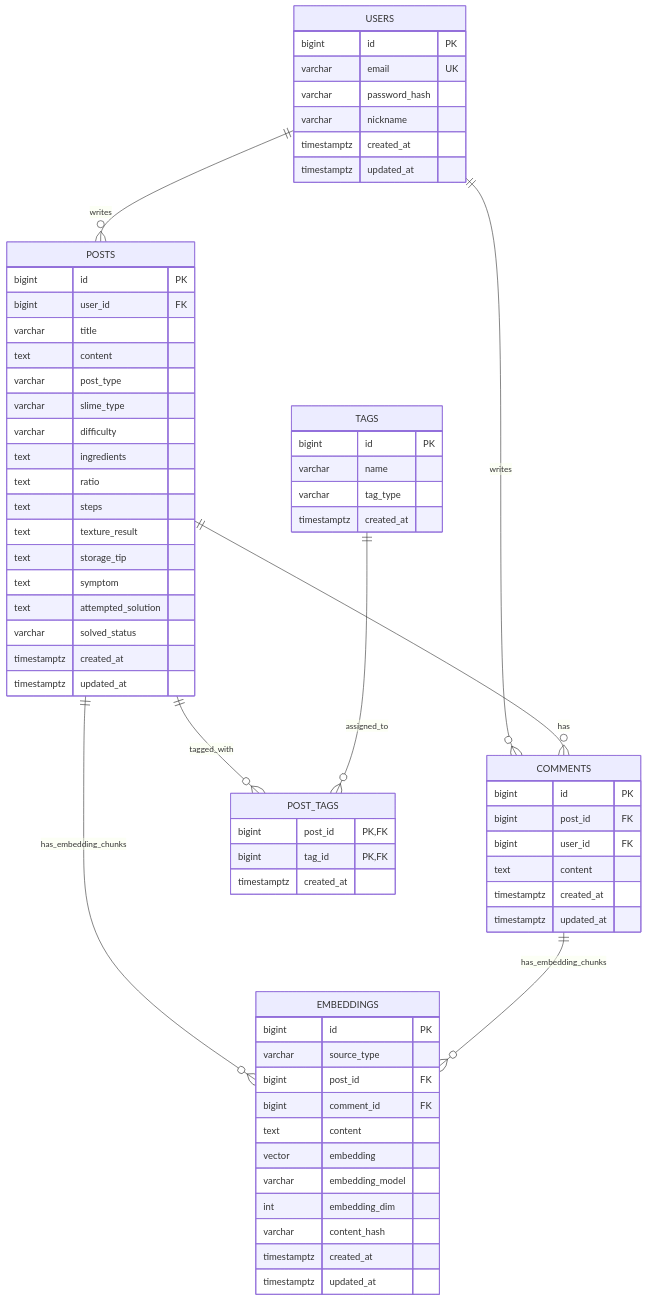
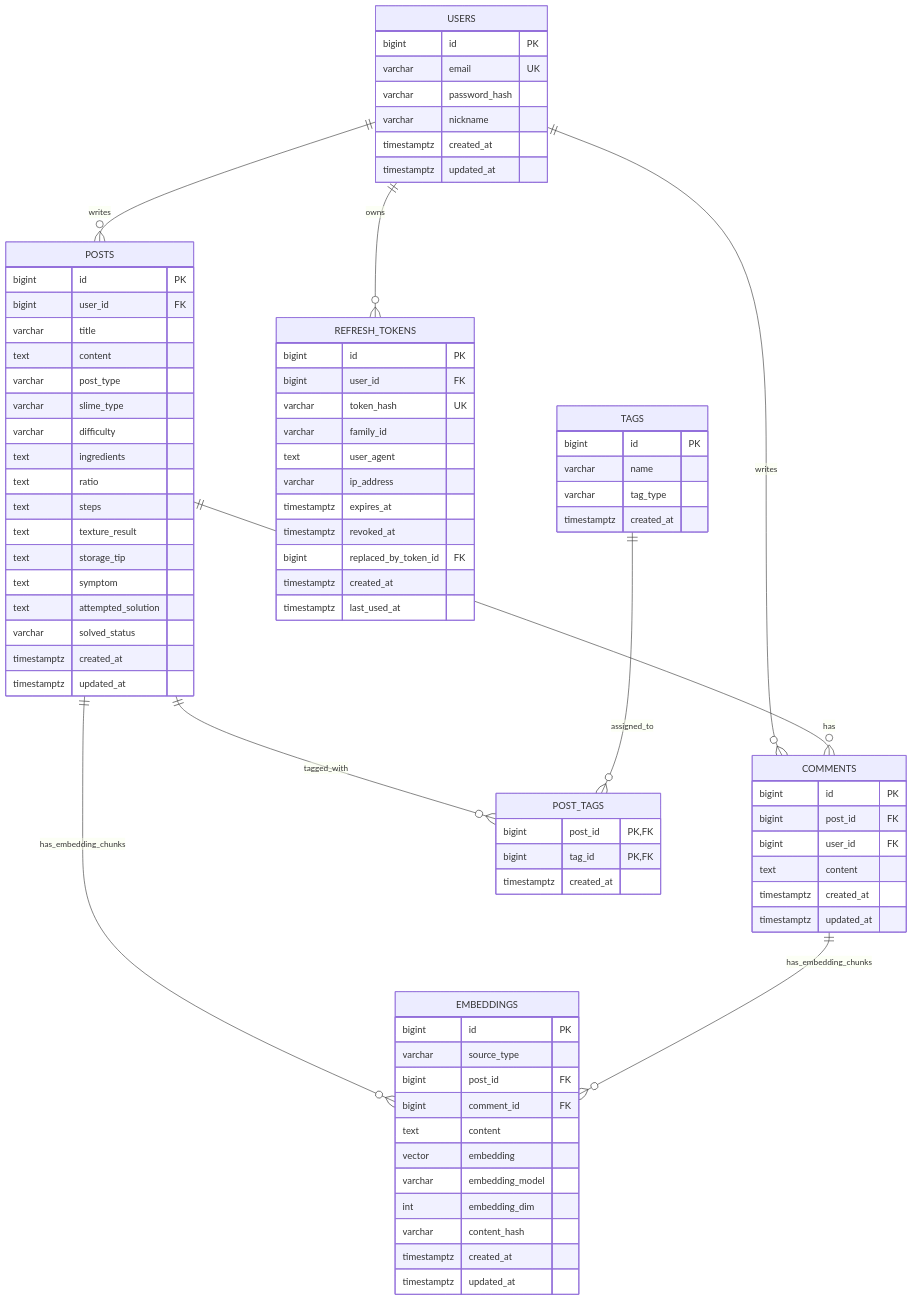
One commit to devhyun05/jungle-week15-16-302-team5-hub changed the diagram in docs/db_erd.md. Above: the diagram before and after it, drawn with Mermaid. The commit also changed other lines of this file and 41 other files, not shown here.

```diff
--- a/docs/db_erd.md
+++ b/docs/db_erd.md
@@ -69,6 +72,7 @@
 erDiagram
     USERS ||--o{ POSTS : writes
     USERS ||--o{ COMMENTS : writes
+    USERS ||--o{ REFRESH_TOKENS : owns
     POSTS ||--o{ COMMENTS : has
     POSTS ||--o{ POST_TAGS : tagged_with
     TAGS ||--o{ POST_TAGS : assigned_to
@@ -82,6 +86,20 @@
       varchar nickname
       timestamptz created_at
       timestamptz updated_at
+    }
+
+    REFRESH_TOKENS {
+      bigint id PK
+      bigint user_id FK
+      varchar token_hash UK
+      varchar family_id
+      text user_agent
+      varchar ip_address
+      timestamptz expires_at
+      timestamptz revoked_at
+      bigint replaced_by_token_id FK
+      timestamptz created_at
+      timestamptz last_used_at
     }
 
     POSTS {
```
